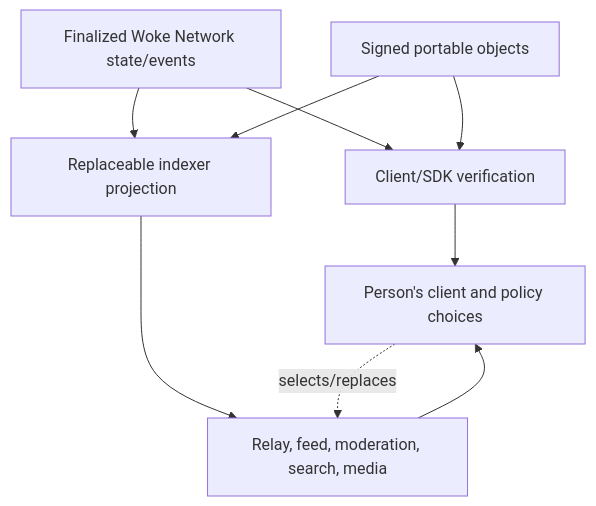
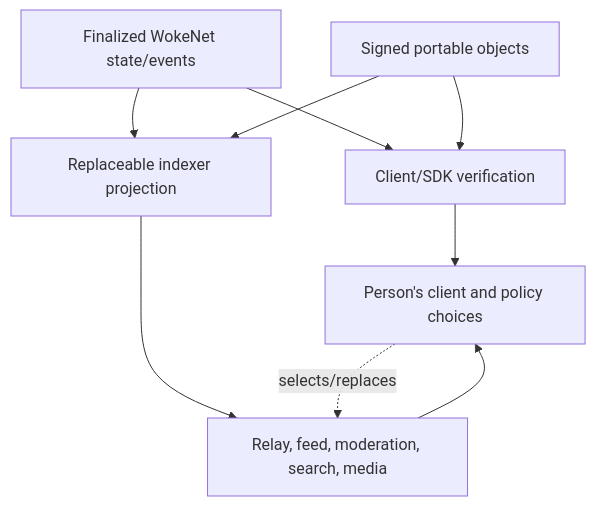
Before and after one commit to droolson/wetdrool: the diagram in docs/DECENTRALIZATION.md, drawn with Mermaid. The commit also changed other lines of this file and 312 other files, not shown here.

Commit message:
feat: complete WokeSocial and WokeNet migration

````diff
--- a/docs/DECENTRALIZATION.md
+++ b/docs/DECENTRALIZATION.md
@@ -60,18 +60,18 @@
 ```mermaid
 flowchart TD
-    Ledger["Finalized Woke Network state/events"]
+    Ledger["Finalized WokeNet state/events"]
     Signed["Signed portable objects"]
     Verify["Client/SDK verification"]
     Projection["Replaceable indexer projection"]
     Convenience["Relay, feed, moderation, search, media"]
     Person["Person's client and policy choices"]
 
     Ledger --> Verify
     Signed --> Verify
     Ledger --> Projection
     Signed --> Projection
     Projection --> Convenience
     Convenience --> Person
     Verify --> Person
     Person -. "selects/replaces" .-> Convenience
 ```
````
